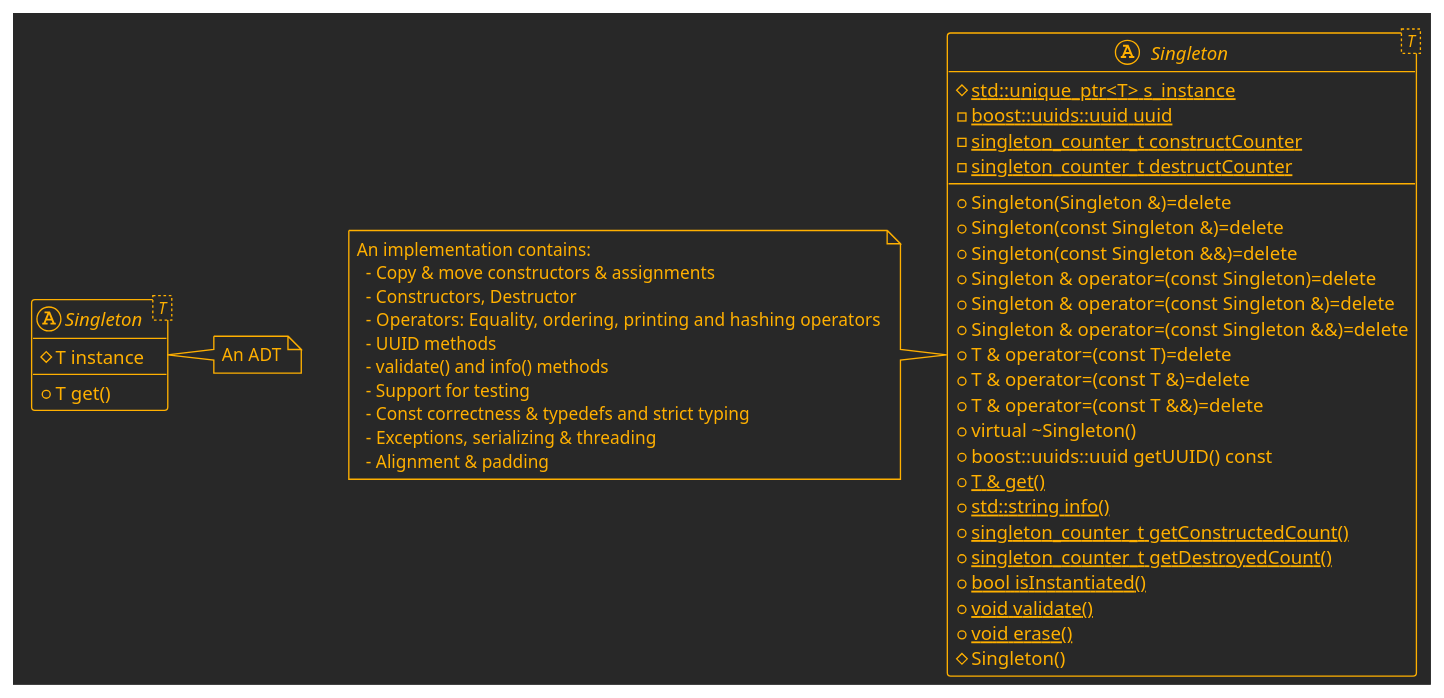
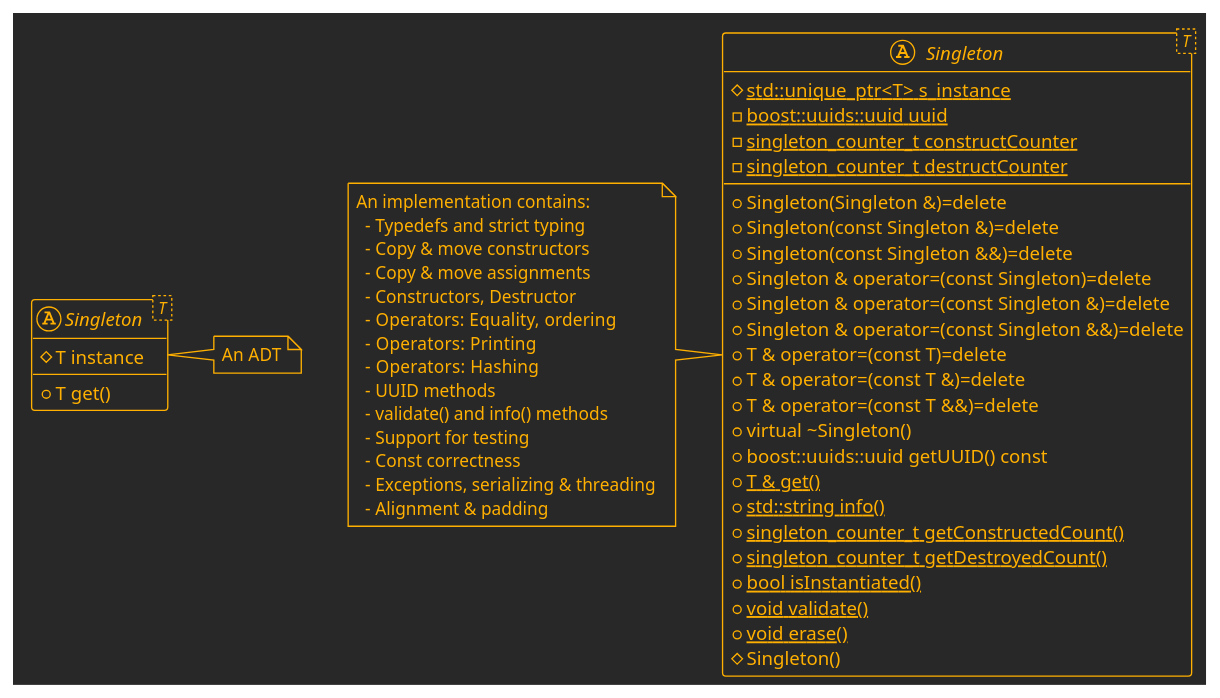
Before and after one commit to marknelsonengineer/empire: the first of 13 diagrams in API_DESIGN.md, drawn with PlantUML. The commit also changed other lines of this file and 3 other files, not shown here.

```diff
--- a/API_DESIGN.md
+++ b/API_DESIGN.md
@@ -51,54 +52,58 @@
 @startuml
 !theme crt-amber
 top to bottom direction
 
 abstract class "Singleton< T >" as ADT {
   # T instance
   + T get()
 }
 
 note right
 An ADT
 end note
 
 abstract class "Singleton< T >" as Implementation {
 # {static} std::unique_ptr<T>  s_instance
 - {static} boost::uuids::uuid uuid
 - {static} singleton_counter_t constructCounter
 - {static} singleton_counter_t destructCounter
 
 + Singleton(Singleton &)=delete
 + Singleton(const Singleton &)=delete
 + Singleton(const Singleton &&)=delete
 + Singleton & operator=(const Singleton)=delete
 + Singleton & operator=(const Singleton &)=delete
 + Singleton & operator=(const Singleton &&)=delete
 + T & operator=(const T)=delete
 + T & operator=(const T &)=delete
 + T & operator=(const T &&)=delete
 + virtual ~Singleton()
 + boost::uuids::uuid getUUID() const
 + {static} T & get()
 + {static} std::string info()
 + {static} singleton_counter_t getConstructedCount()
 + {static} singleton_counter_t getDestroyedCount()
 + {static} bool isInstantiated()
 + {static} void validate()
 + {static} void erase()
 # Singleton()
 }
 
 note left
 An implementation contains:
-  - Copy & move constructors & assignments
+  - Typedefs and strict typing
+  - Copy & move constructors
+  - Copy & move assignments
   - Constructors, Destructor
-  - Operators:  Equality, ordering, printing and hashing operators
+  - Operators:  Equality, ordering
+  - Operators:  Printing
+  - Operators:  Hashing 
   - UUID methods
   - validate() and info() methods
   - Support for testing
-  - Const correctness & typedefs and strict typing
+  - Const correctness
   - Exceptions, serializing & threading
   - Alignment & padding
 end note
 
 @enduml
```
